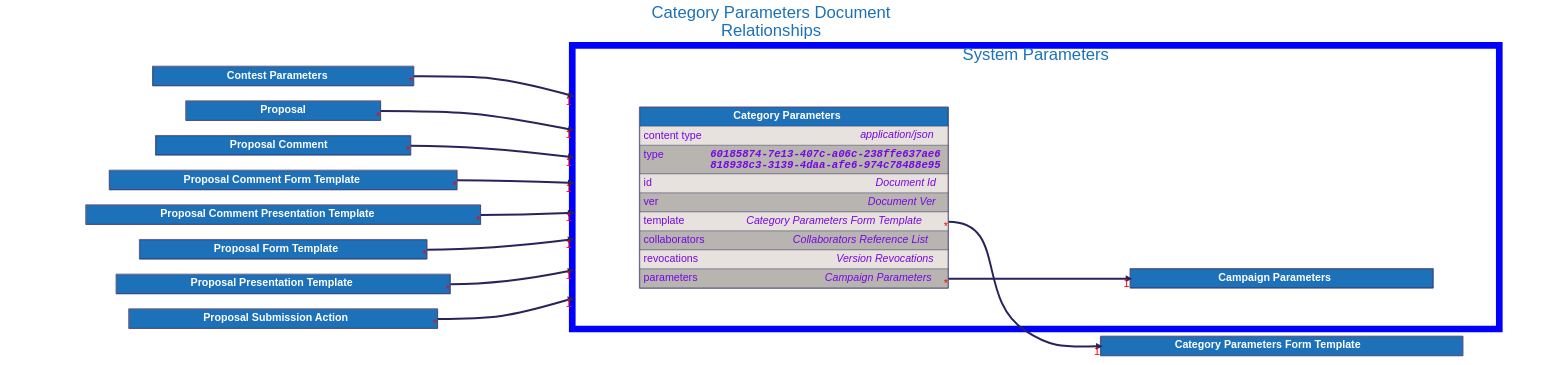
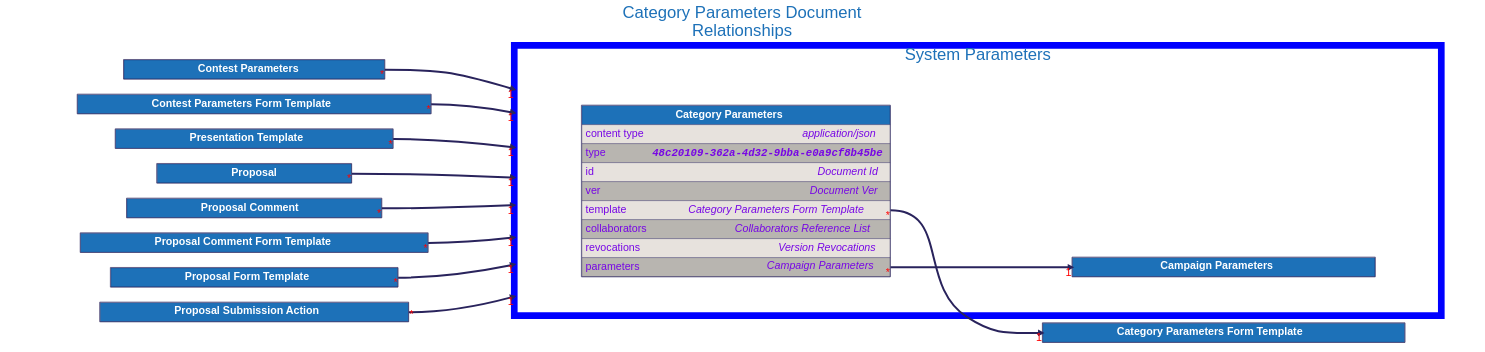
The diagram in docs/src/architecture/08_concepts/signed_doc/diagrams/category_parameters.dot (input-output-hk/catalyst-libs), drawn with Graphviz before and after one commit. The commit also changed 466 other files, not shown here.

```diff
--- a/docs/src/architecture/08_concepts/signed_doc/diagrams/category_parameters.dot
+++ b/docs/src/architecture/08_concepts/signed_doc/diagrams/category_parameters.dot
@@ -35,6 +35,36 @@
             <TR>
                 <TD PORT="title" BGCOLOR="#1d71b8" HREF="../contest_parameters/">
                     <FONT COLOR="#ffffff"><B> Contest Parameters </B></FONT>
+                </TD>
+            </TR>
+
+            </TABLE>
+        >
+    ];
+
+
+    "Contest Parameters Form Template" [
+        id="Contest Parameters Form Template";
+        label=<
+            <TABLE BORDER="2" COLOR="#29235c" CELLBORDER="1" CELLSPACING="0" CELLPADDING="10">
+            <TR>
+                <TD PORT="title" BGCOLOR="#1d71b8" HREF="../contest_parameters_form_template/">
+                    <FONT COLOR="#ffffff"><B> Contest Parameters Form Template </B></FONT>
+                </TD>
+            </TR>
+
+            </TABLE>
+        >
+    ];
+
+
+    "Presentation Template" [
+        id="Presentation Template";
+        label=<
+            <TABLE BORDER="2" COLOR="#29235c" CELLBORDER="1" CELLSPACING="0" CELLPADDING="10">
+            <TR>
+                <TD PORT="title" BGCOLOR="#1d71b8" HREF="../presentation_template/">
+                    <FONT COLOR="#ffffff"><B> Presentation Template </B></FONT>
                 </TD>
             </TR>
 
@@ -88,21 +118,6 @@
     ];
 
 
-    "Proposal Comment Presentation Template" [
-        id="Proposal Comment Presentation Template";
-        label=<
-            <TABLE BORDER="2" COLOR="#29235c" CELLBORDER="1" CELLSPACING="0" CELLPADDING="10">
-            <TR>
-                <TD PORT="title" BGCOLOR="#1d71b8" HREF="../proposal_comment_presentation_template/">
-                    <FONT COLOR="#ffffff"><B> Proposal Comment Presentation Template </B></FONT>
-                </TD>
-            </TR>
-
-            </TABLE>
-        >
-    ];
-
-
     "Proposal Form Template" [
         id="Proposal Form Template";
         label=<
@@ -110,21 +125,6 @@
             <TR>
                 <TD PORT="title" BGCOLOR="#1d71b8" HREF="../proposal_form_template/">
                     <FONT COLOR="#ffffff"><B> Proposal Form Template </B></FONT>
-                </TD>
-            </TR>
-
-            </TABLE>
-        >
-    ];
-
-
-    "Proposal Presentation Template" [
-        id="Proposal Presentation Template";
-        label=<
-            <TABLE BORDER="2" COLOR="#29235c" CELLBORDER="1" CELLSPACING="0" CELLPADDING="10">
-            <TR>
-                <TD PORT="title" BGCOLOR="#1d71b8" HREF="../proposal_presentation_template/">
-                    <FONT COLOR="#ffffff"><B> Proposal Presentation Template </B></FONT>
                 </TD>
             </TR>
 
@@ -192,7 +192,7 @@
                         <TABLE CELLPADDING="0" CELLSPACING="0" BORDER="0">
                             <TR>
                                 <TD ALIGN="LEFT" VALIGN="TOP" WIDTH="200"><FONT COLOR="#7706E5">type</FONT></TD>
-                                <TD ALIGN="RIGHT"><FONT FACE="Courier" COLOR="#7706E5"><B><I>60185874-7e13-407c-a06c-238ffe637ae6<BR />818938c3-3139-4daa-afe6-974c78488e95</I></B></FONT></TD>
+                                <TD ALIGN="RIGHT"><FONT FACE="Courier" COLOR="#7706E5"><B><I>48c20109-362a-4d32-9bba-e0a9cf8b45be</I></B></FONT></TD>
                             </TR>
                         </TABLE>
                     </TD>
@@ -267,11 +267,11 @@
     "Category Parameters":"template":e -> "Category Parameters Form Template":"title":w [dir=forward, penwidth=6, color="#29235c", headlabel="1", taillabel="*"]
     "Category Parameters":"parameters":e -> "Campaign Parameters":"title":w [dir=forward, penwidth=6, color="#29235c", headlabel="1", taillabel="*"]
     "Contest Parameters":"title":e -> "Category Parameters" [dir=forward, penwidth=6, color="#29235c", headlabel="1", taillabel="*", lhead="cluster_system_parameters"]
+    "Contest Parameters Form Template":"title":e -> "Category Parameters" [dir=forward, penwidth=6, color="#29235c", headlabel="1", taillabel="*", lhead="cluster_system_parameters"]
+    "Presentation Template":"title":e -> "Category Parameters" [dir=forward, penwidth=6, color="#29235c", headlabel="1", taillabel="*", lhead="cluster_system_parameters"]
     "Proposal":"title":e -> "Category Parameters" [dir=forward, penwidth=6, color="#29235c", headlabel="1", taillabel="*", lhead="cluster_system_parameters"]
     "Proposal Comment":"title":e -> "Category Parameters" [dir=forward, penwidth=6, color="#29235c", headlabel="1", taillabel="*", lhead="cluster_system_parameters"]
     "Proposal Comment Form Template":"title":e -> "Category Parameters" [dir=forward, penwidth=6, color="#29235c", headlabel="1", taillabel="*", lhead="cluster_system_parameters"]
-    "Proposal Comment Presentation Template":"title":e -> "Category Parameters" [dir=forward, penwidth=6, color="#29235c", headlabel="1", taillabel="*", lhead="cluster_system_parameters"]
     "Proposal Form Template":"title":e -> "Category Parameters" [dir=forward, penwidth=6, color="#29235c", headlabel="1", taillabel="*", lhead="cluster_system_parameters"]
-    "Proposal Presentation Template":"title":e -> "Category Parameters" [dir=forward, penwidth=6, color="#29235c", headlabel="1", taillabel="*", lhead="cluster_system_parameters"]
     "Proposal Submission Action":"title":e -> "Category Parameters" [dir=forward, penwidth=6, color="#29235c", headlabel="1", taillabel="*", lhead="cluster_system_parameters"]
 }
```
